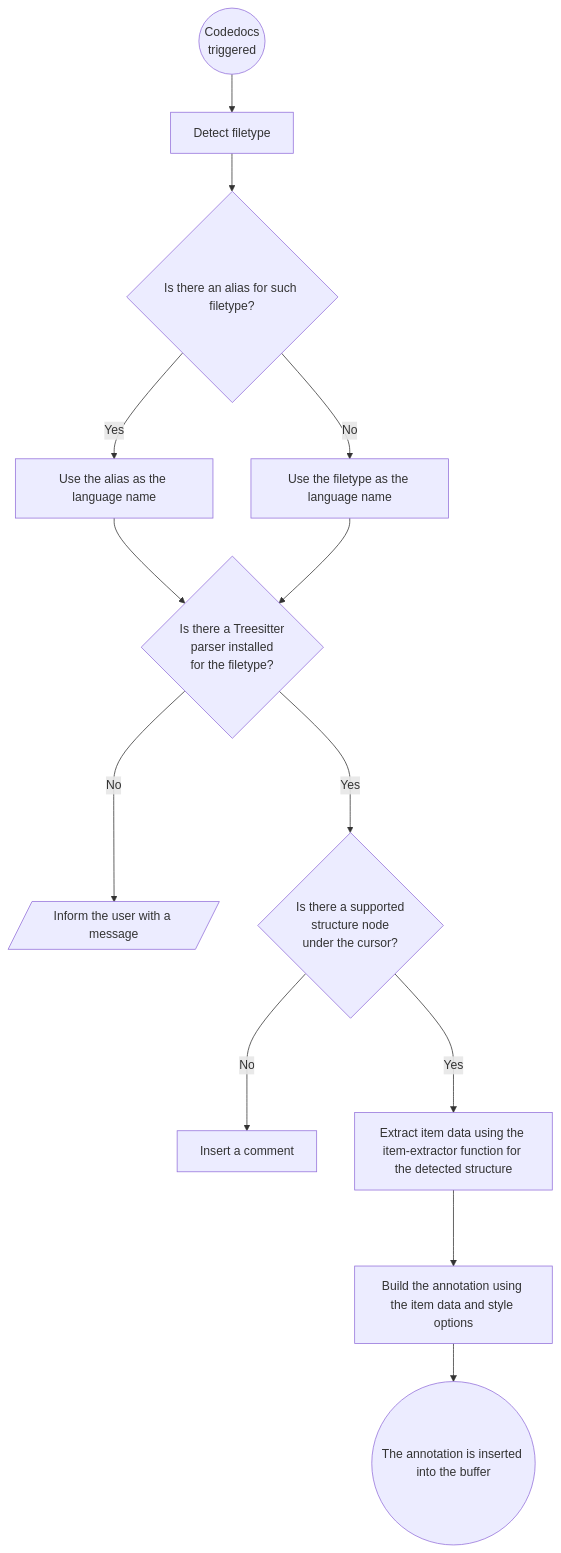
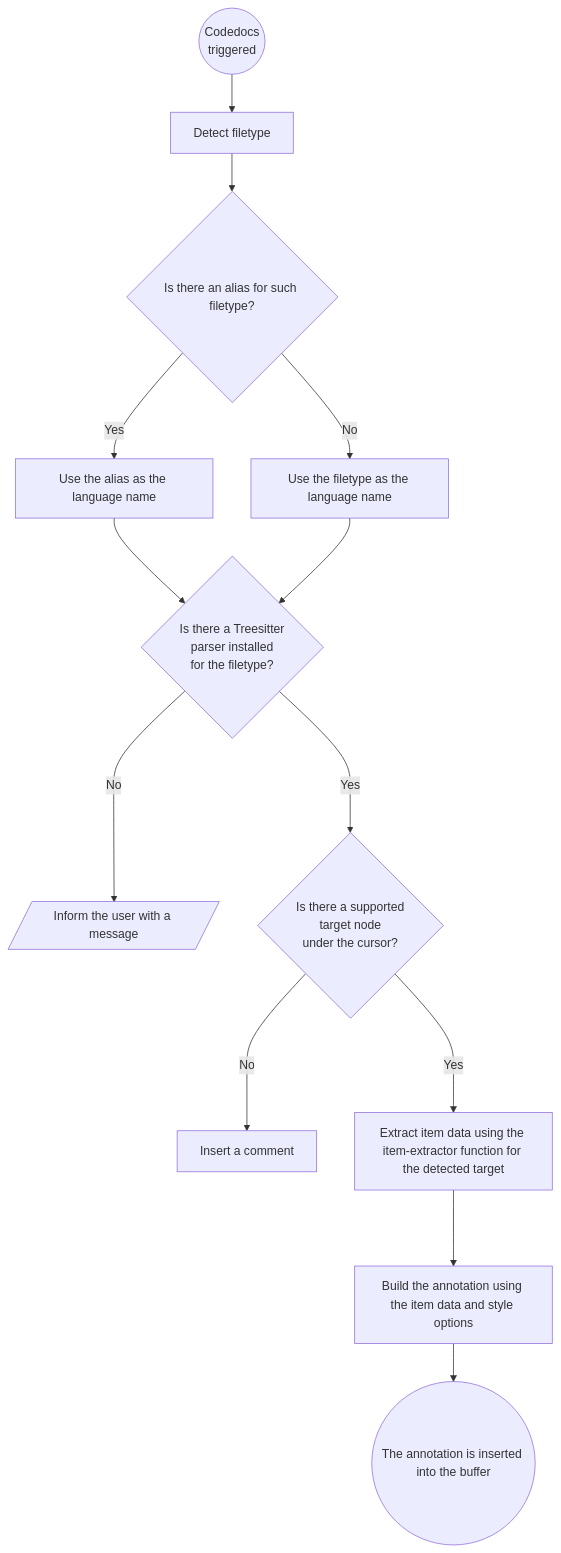
Before and after one commit to jeangiraldoo/codedocs.nvim: the diagram in lua/codedocs/README.md, drawn with Mermaid. The commit also changed other lines of this file and 22 other files, not shown here.

````diff
--- a/lua/codedocs/README.md
+++ b/lua/codedocs/README.md
@@ -44,18 +44,18 @@
 ```mermaid
 flowchart TB
     1((Codedocs<br>triggered)) --> 2
     2[Detect filetype] --> 3
     3{Is there an alias for such filetype?}
     3 -- No --> 4[Use the filetype as the language name]
     3 -- Yes --> 5[Use the alias as the language name]
     5 --> 6
     4 --> 6
     6{Is there a Treesitter<br>parser installed<br>for the filetype?}
     6 -- No ---> 7[/Inform the user with a message/]
-    6 -- Yes ---> 8{Is there a supported<br>structure node<br>under the cursor?}
+    6 -- Yes ---> 8{Is there a supported<br>target node<br>under the cursor?}
     8 -- No ---> 9[Insert a comment]
-    8 -- Yes ---> 10[Extract item data using the item-extractor function for the detected structure]
+    8 -- Yes ---> 10[Extract item data using the item-extractor function for the detected target]
     10 ---> 11[Build the annotation using the item data and style options]
     11 --> 12((The annotation is inserted into the buffer))
 
 ```
````
